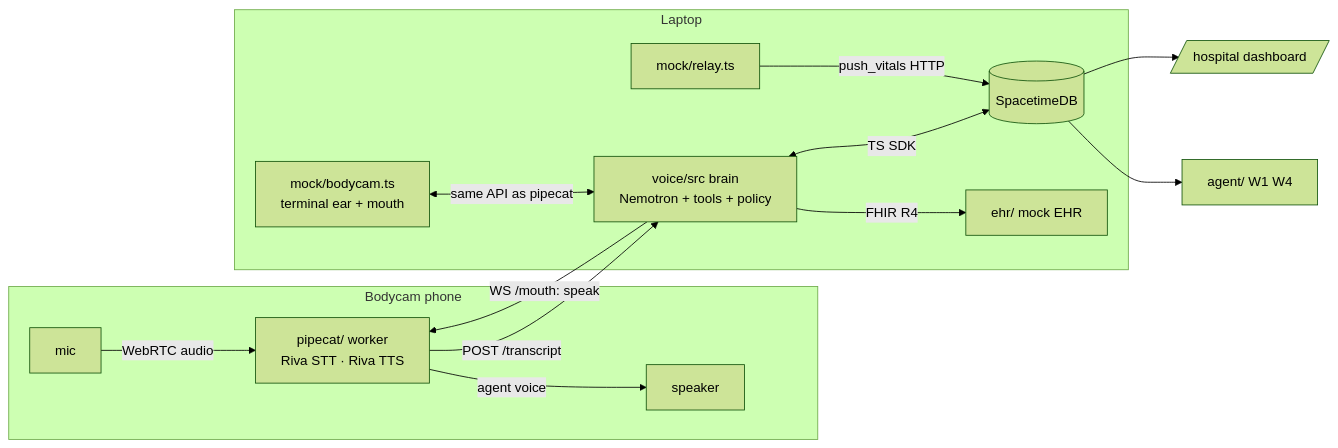
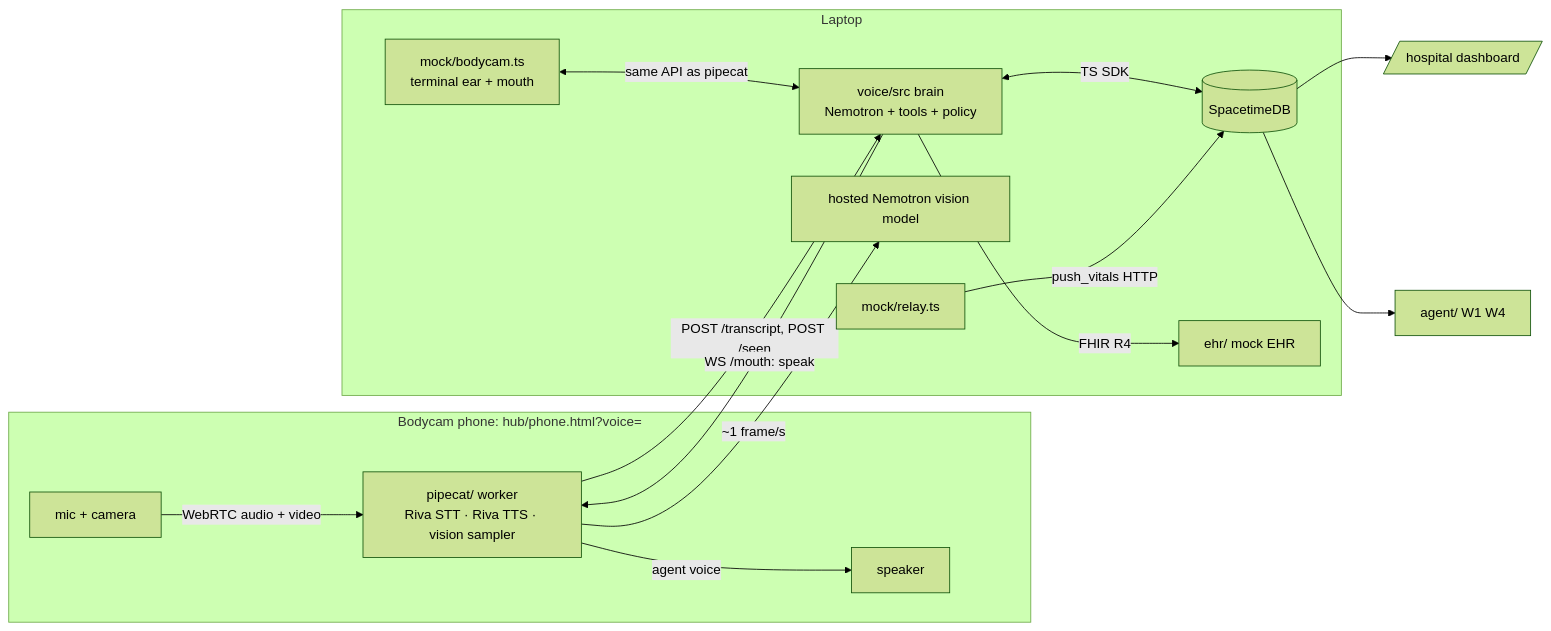
The diagram in voice/README.md (rishi-golla/hackutd26), drawn with Mermaid (forest theme) before and after one commit. The commit also changed other lines of this file and 16 other files, not shown here.

First line of the commit message:
voice: merge the two voice-agent PRs; vision sampler, phone-page WebRTC link, /api/ice, hub proxy

````diff
--- a/voice/README.md
+++ b/voice/README.md
@@ -48,17 +56,18 @@
 ```mermaid
 flowchart LR
-  subgraph phone[Bodycam phone]
-    MIC[mic] -->|WebRTC audio| PC
+  subgraph phone[Bodycam phone: hub/phone.html?voice=]
+    MIC[mic + camera] -->|WebRTC audio + video| PC
     PC -->|agent voice| SPK[speaker]
   end
   subgraph laptop[Laptop]
-    PC[pipecat/ worker<br/>Riva STT · Riva TTS] -->|POST /transcript| B
+    PC[pipecat/ worker<br/>Riva STT · Riva TTS · vision sampler] -->|POST /transcript, POST /seen| B
     B[voice/src brain<br/>Nemotron + tools + policy] -->|WS /mouth: speak| PC
+    PC -->|~1 frame/s| V[hosted Nemotron vision model]
     B <-->|TS SDK| S[(SpacetimeDB)]
     B -->|FHIR R4| E[ehr/ mock EHR]
     R[mock/relay.ts] -->|push_vitals HTTP| S
     M[mock/bodycam.ts<br/>terminal ear + mouth] <-->|same API as pipecat| B
   end
   S --> H[/hospital dashboard/]
   S --> A[agent/ W1 W4]
 ```
````
